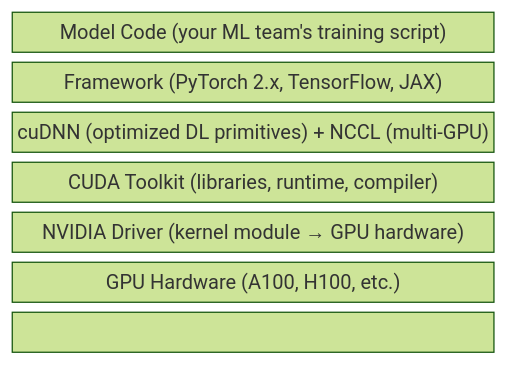
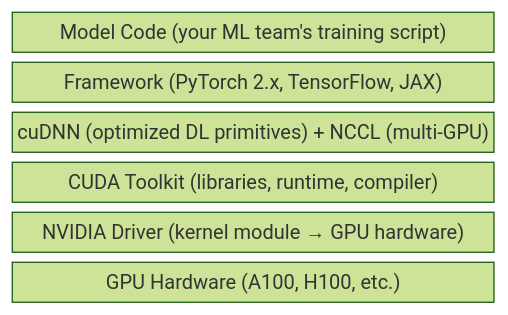
One commit to ricmmartins/ai-for-infra-pros changed the first of 2 diagrams in docs/chapters/04-gpu-deep-dive.md. Above: the diagram before and after it, drawn with Mermaid (forest theme).

Commit message:
Remove GPU components graph line from documentation
Removed a line from the GPU deep dive chapter that contained a graphical representation of GPU components.

````diff
--- a/docs/chapters/04-gpu-deep-dive.md
+++ b/docs/chapters/04-gpu-deep-dive.md
@@ -246,11 +246,10 @@
 ```mermaid
  block-beta
      columns 1
      A["Model Code (your ML team's training script)"]
      B["Framework (PyTorch 2.x, TensorFlow, JAX)"]
      C["cuDNN (optimized DL primitives) + NCCL (multi-GPU)"]
      D["CUDA Toolkit (libraries, runtime, compiler)"]
      E["NVIDIA Driver (kernel module → GPU hardware)"]
      F["GPU Hardware (A100, H100, etc.)"]
-     A --> B --> C --> D --> E --> F
 ```
````
